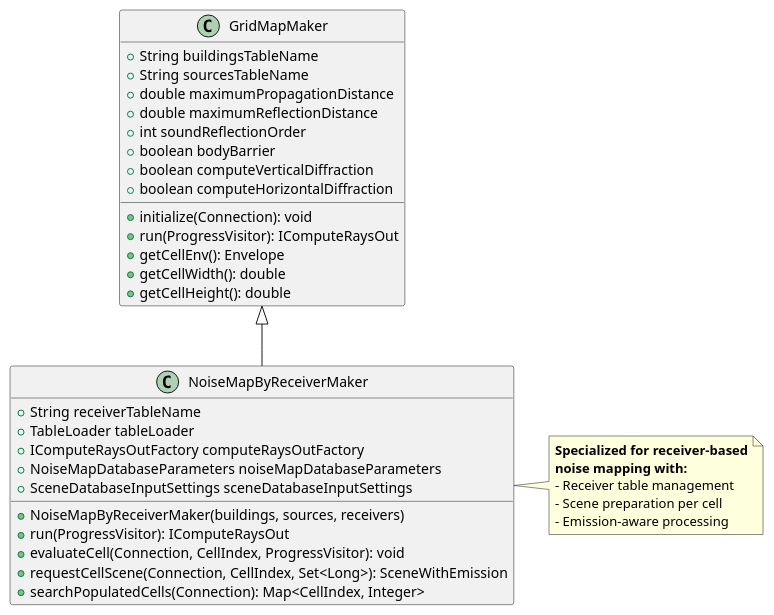
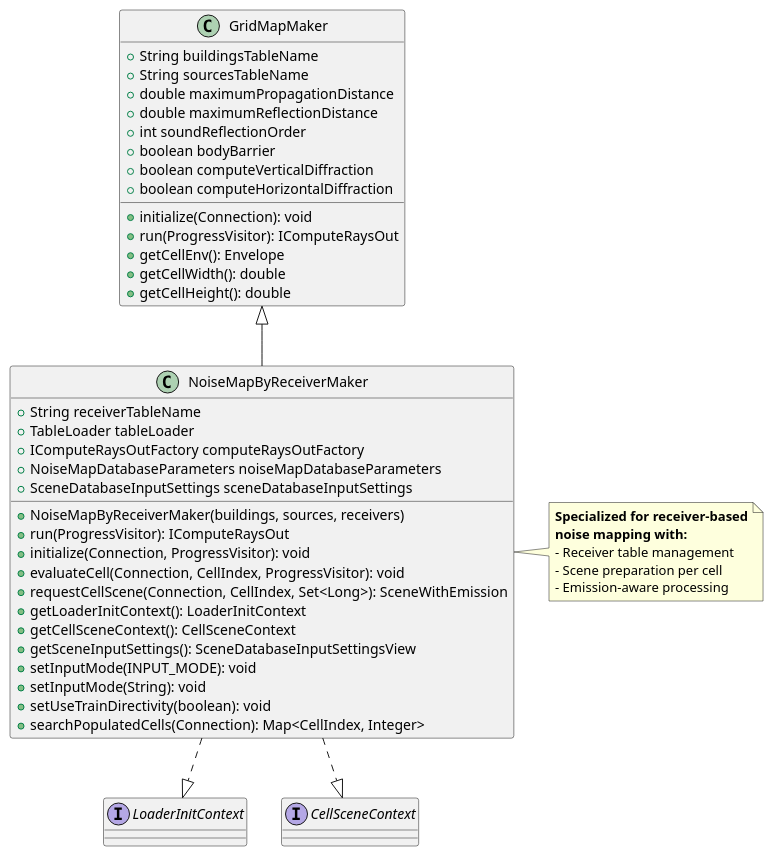
Before and after one commit to jtagusari/NoiseModelling: the first of 7 diagrams in Docs-dev/noisemapbyreceivermaker_algorithms.md, drawn with PlantUML. The commit also changed other lines of this file and 26 other files, not shown here.

````diff
--- a/Docs-dev/noisemapbyreceivermaker_algorithms.md
+++ b/Docs-dev/noisemapbyreceivermaker_algorithms.md
@@ -43,43 +47,56 @@
 ```plantuml
 @startuml
 class GridMapMaker {
   + String buildingsTableName
   + String sourcesTableName
   + double maximumPropagationDistance
   + double maximumReflectionDistance
   + int soundReflectionOrder
   + boolean bodyBarrier
   + boolean computeVerticalDiffraction
   + boolean computeHorizontalDiffraction
   
   + initialize(Connection): void
   + run(ProgressVisitor): IComputeRaysOut
   + getCellEnv(): Envelope
   + getCellWidth(): double
   + getCellHeight(): double
 }
 
 class NoiseMapByReceiverMaker extends GridMapMaker {
   + String receiverTableName
   + TableLoader tableLoader
   + IComputeRaysOutFactory computeRaysOutFactory
   + NoiseMapDatabaseParameters noiseMapDatabaseParameters
   + SceneDatabaseInputSettings sceneDatabaseInputSettings
   
   + NoiseMapByReceiverMaker(buildings, sources, receivers)
   + run(ProgressVisitor): IComputeRaysOut
+  + initialize(Connection, ProgressVisitor): void
   + evaluateCell(Connection, CellIndex, ProgressVisitor): void
   + requestCellScene(Connection, CellIndex, Set<Long>): SceneWithEmission
+  + getLoaderInitContext(): LoaderInitContext
+  + getCellSceneContext(): CellSceneContext
+  + getSceneInputSettings(): SceneDatabaseInputSettingsView
+  + setInputMode(INPUT_MODE): void
+  + setInputMode(String): void
+  + setUseTrainDirectivity(boolean): void
   + searchPopulatedCells(Connection): Map<CellIndex, Integer>
 }
+
+interface LoaderInitContext
+interface CellSceneContext
+
+NoiseMapByReceiverMaker ..|> LoaderInitContext
+NoiseMapByReceiverMaker ..|> CellSceneContext
 
 
 note right of NoiseMapByReceiverMaker
   **Specialized for receiver-based**
   **noise mapping with:**
   - Receiver table management
   - Scene preparation per cell
   - Emission-aware processing
 end note
 @enduml
 ```
````
